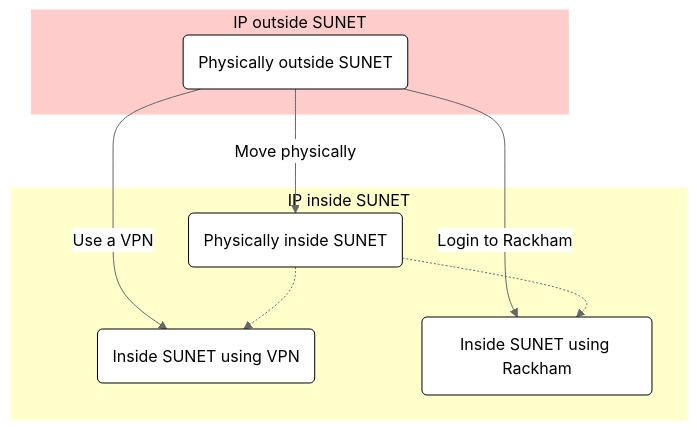
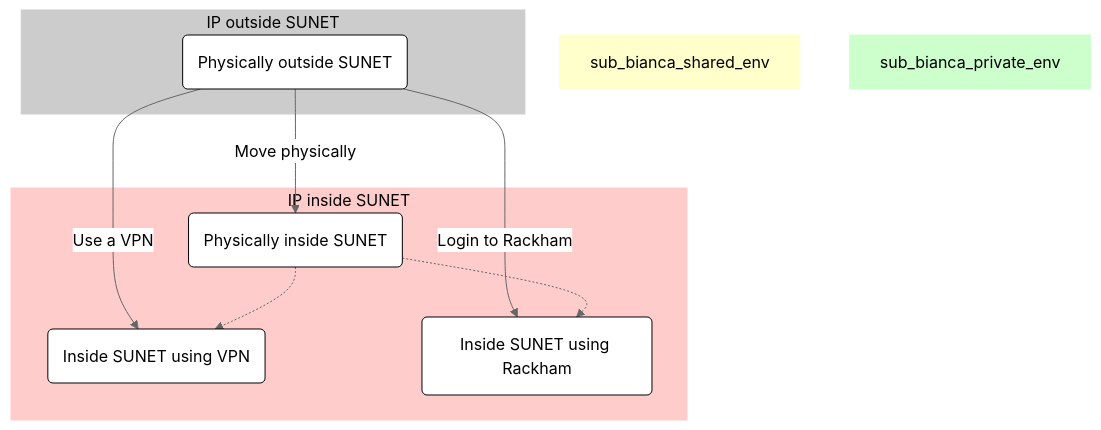
Before and after one commit to UPPMAX/UPPMAX-documentation: the second of 4 diagrams in docs/getting_started/login_bianca.md, drawn with Mermaid (neutral theme). The commit also changed other lines of this file, not shown here.

````diff
--- a/docs/getting_started/login_bianca.md
+++ b/docs/getting_started/login_bianca.md
@@ -250,29 +254,31 @@
 ```mermaid
 flowchart TD
 
     %% Give a white background, instead of a transparent one
     classDef node fill:#fff,color:#000,stroke:#000
     classDef focus_node fill:#fff,color:#000,stroke:#000,stroke-width:4px
 
     subgraph sub_outside[IP outside SUNET]
       outside(Physically outside SUNET)
     end    
-    style sub_outside fill:#fcc,color:#000,stroke:#fcc
 
     subgraph sub_inside[IP inside SUNET]
       physically_inside(Physically inside SUNET)
       inside_using_vpn(Inside SUNET using VPN)
       inside_using_rackham(Inside SUNET using Rackham)
     end
-    style sub_inside fill:#ffc,color:#000,stroke:#ffc
 
+    style sub_outside fill:#ccc,color:#000,stroke:#ccc
+    style sub_inside fill:#fcc,color:#000,stroke:#fcc
+    style sub_bianca_shared_env fill:#ffc,color:#000,stroke:#ffc
+    style sub_bianca_private_env fill:#cfc,color:#000,stroke:#cfc
 
     %% Outside SUNET
     outside-->|Move physically|physically_inside
     outside-->|Use a VPN|inside_using_vpn
     outside-->|Login to Rackham|inside_using_rackham
 
     %% Inside SUNET
     physically_inside-.->inside_using_rackham
     physically_inside-.->inside_using_vpn
 ```
````
